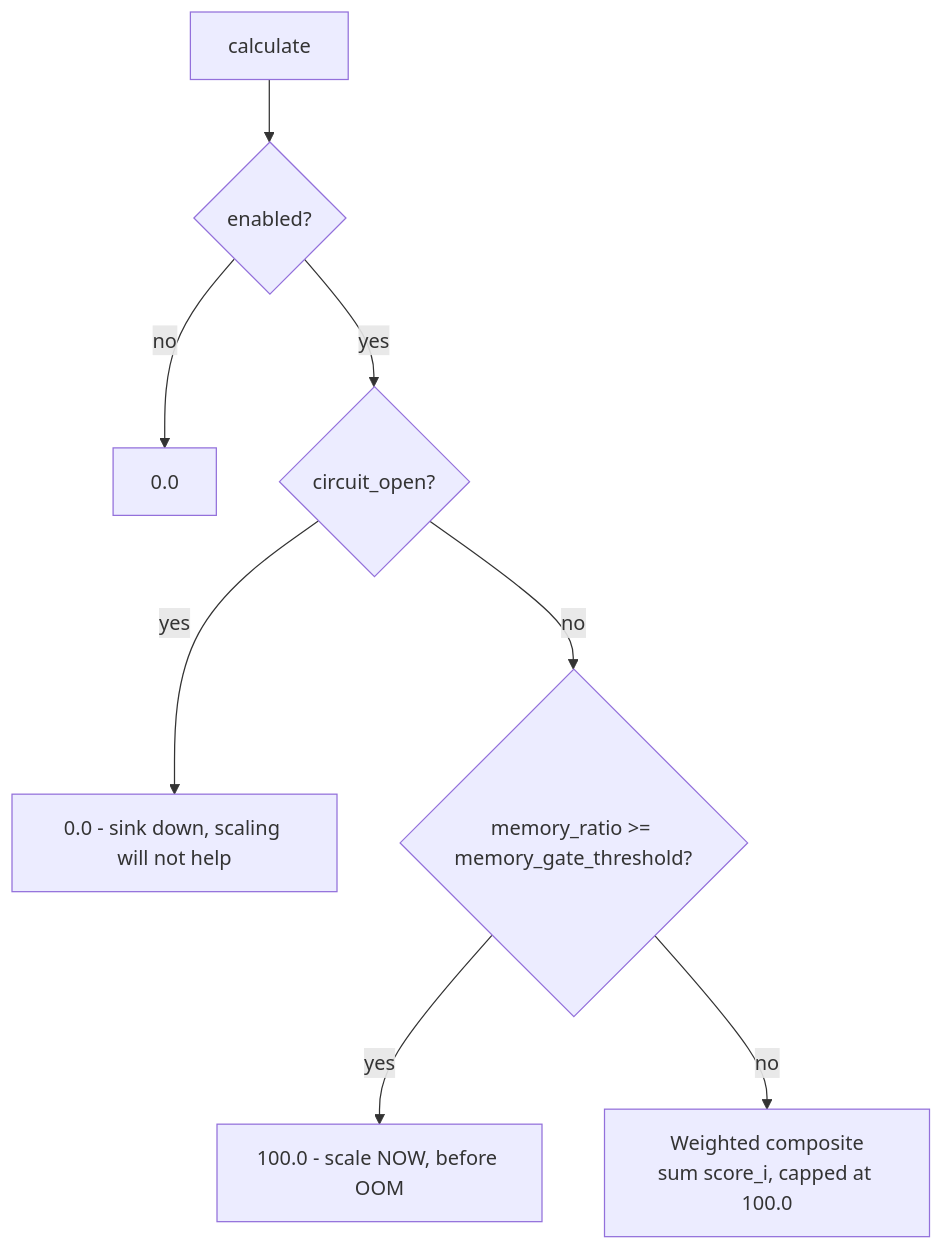
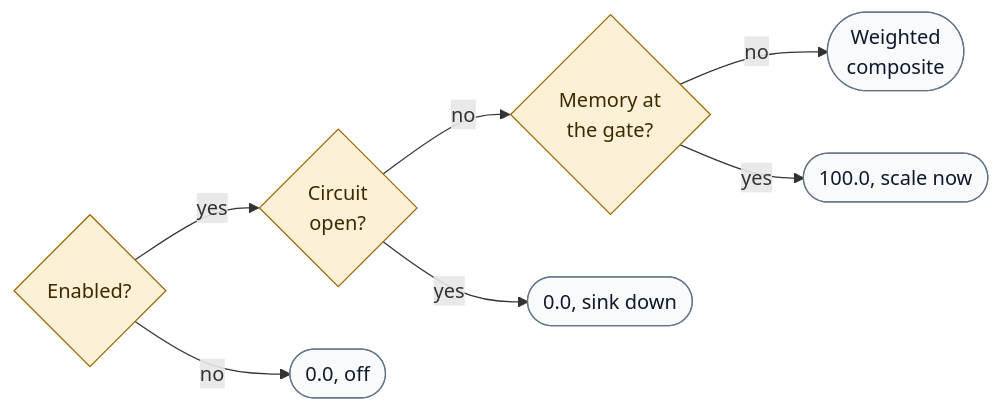
The diagram in docs/pipeline/scaling.md (hyperi-io/scalo-rs), drawn with Mermaid before and after one commit. The commit also changed other lines of this file and 55 other files, not shown here.

First line of the commit message:
docs(scalo-rs): redraw every diagram and fix claims against code

````diff
--- a/docs/pipeline/scaling.md
+++ b/docs/pipeline/scaling.md
@@ -14,10 +16,24 @@
 ```mermaid
-flowchart TD
-    C[calculate] --> E{enabled?}
-    E -->|no| Z0[0.0]
-    E -->|yes| G1{circuit_open?}
-    G1 -->|yes| Z1["0.0 - sink down, scaling will not help"]
-    G1 -->|no| G2{"memory_ratio >= memory_gate_threshold?"}
-    G2 -->|yes| Z2["100.0 - scale NOW, before OOM"]
-    G2 -->|no| W[Weighted composite<br/>sum score_i, capped at 100.0]
+flowchart LR
+    accTitle: L4 Detail -- Scaling pressure gates
+    accDescr: calculate returns 0 when scaling pressure is disabled. When enabled it returns 0 while the circuit is open, 100 when the memory ratio reaches the gate threshold, and otherwise the weighted composite capped at 100.
+
+    enabled{"Enabled?"}
+    circuit{"Circuit<br/>open?"}
+    off(["0.0, off"])
+    memory{"Memory at<br/>the gate?"}
+    sink_down(["0.0, sink down"])
+    composite(["Weighted<br/>composite"])
+    scale_now(["100.0, scale now"])
+
+    enabled -->|yes| circuit
+    enabled -->|no| off
+    circuit -->|no| memory
+    circuit -->|yes| sink_down
+    memory -->|no| composite
+    memory -->|yes| scale_now
+
+    classDef default fill:#F8FAFC,stroke:#64748B,stroke-width:1px,color:#0F172A
+    classDef decision fill:#FCF1D6,stroke:#9A6700,stroke-width:1px,color:#3D2A00
+    class enabled,circuit,memory decision
 ```
````
